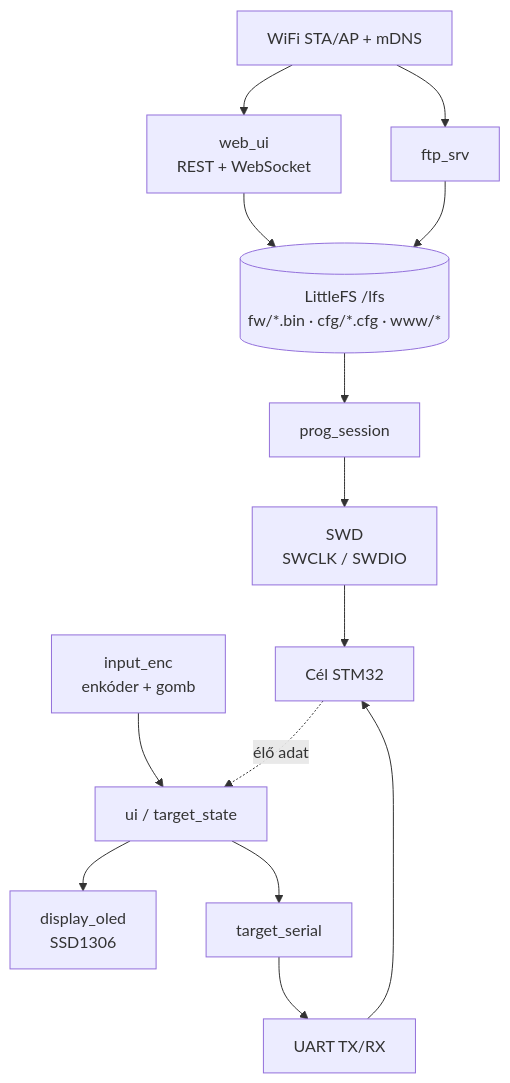
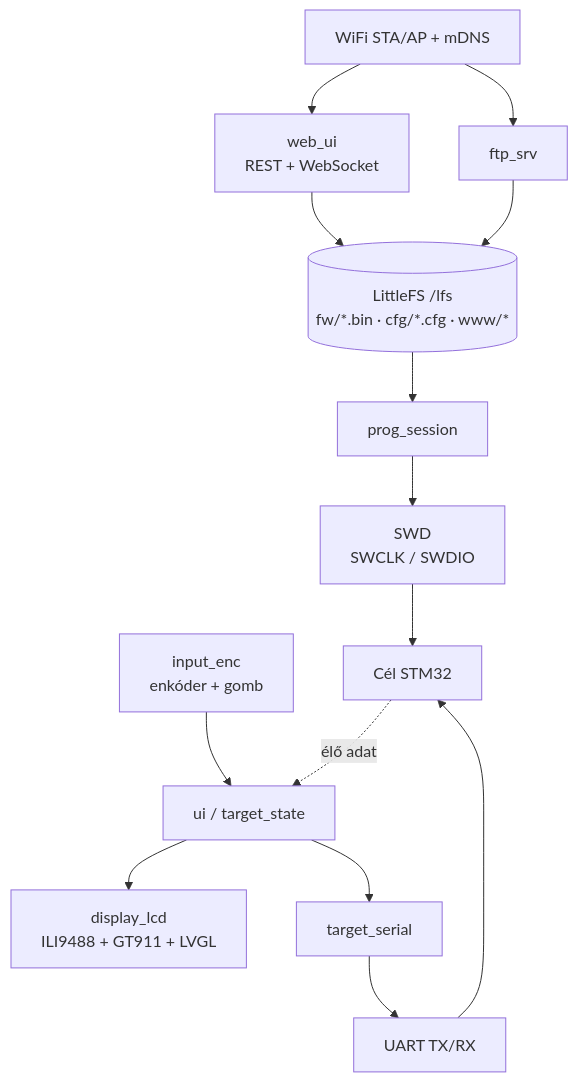
Before and after one commit to eniac77/ESP32S3_SWD_PROG: the diagram in README.md, drawn with Mermaid. The commit also changed other lines of this file and 8 other files, not shown here.

Commit message:
chore(display): display_oled eltavolitasa + CLAUDE.md/doksi az ILI9488/LVGL-hez igazitva (D5)

````diff
--- a/README.md
+++ b/README.md
@@ -28,27 +30,27 @@
 ```mermaid
 flowchart TB
     WiFi[WiFi STA/AP + mDNS]
     WEB[web_ui<br/>REST + WebSocket]
     FTP[ftp_srv]
     LFS[(LittleFS /lfs<br/>fw/*.bin · cfg/*.cfg · www/*)]
     ENC[input_enc<br/>enkóder + gomb]
-    OLED[display_oled<br/>SSD1306]
+    OLED[display_lcd<br/>ILI9488 + GT911 + LVGL]
     UI[ui / target_state]
     PROG[prog_session]
     SWD[SWD<br/>SWCLK / SWDIO]
     TSER[target_serial]
     UART[UART TX/RX]
     STM[Cél STM32]
 
     WiFi --> WEB
     WiFi --> FTP
     WEB --> LFS
     FTP --> LFS
     ENC --> UI
     UI --> OLED
     LFS --> PROG
     PROG --> SWD --> STM
     UI --> TSER
     TSER --> UART --> STM
     STM -. élő adat .-> UI
 ```
````
